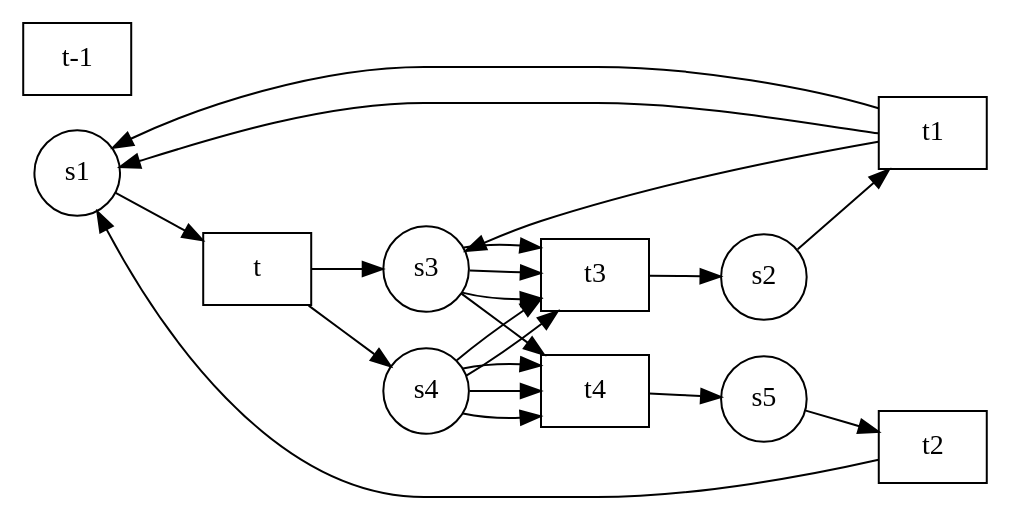
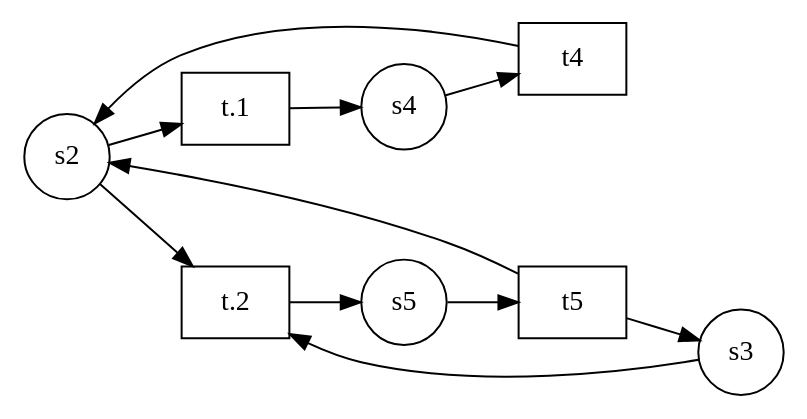
One commit to dnannen/reduction-of-petri-nets changed the diagram in Reduktionsalgorithmen/test.gv. Above: the diagram before and after it, drawn with Graphviz. The commit also changed 1 other file, not shown here.

```diff
--- a/Reduktionsalgorithmen/test.gv
+++ b/Reduktionsalgorithmen/test.gv
@@ -1,37 +1,22 @@
 digraph petrinet{
 node[shape=circle];
 rankdir=LR;
-"s1";
 "s2";
 "s3";
 "s4";
 "s5";
-"t" [shape=box];
-"t1" [shape=box];
-"t2" [shape=box];
-"t3" [shape=box];
 "t4" [shape=box];
-"t-1" [shape=box];
-"t-1" [shape=box];
-"t-1" [shape=box];
-"s1"->"t"
-"s2"->"t1"
-"s3"->"t3"
-"s3"->"t3"
-"s3"->"t3"
-"s3"->"t4"
-"s4"->"t3"
-"s4"->"t3"
+"t5" [shape=box];
+"t.1" [shape=box];
+"t.2" [shape=box];
+"s2"->"t.1"
+"s2"->"t.2"
+"s3"->"t.2"
 "s4"->"t4"
-"s4"->"t4"
-"s4"->"t4"
-"s5"->"t2"
-"t"->"s3"
-"t"->"s4"
-"t1"->"s1"
-"t1"->"s1"
-"t1"->"s3"
-"t2"->"s1"
-"t3"->"s2"
-"t4"->"s5"
+"s5"->"t5"
+"t4"->"s2"
+"t5"->"s2"
+"t5"->"s3"
+"t.1"->"s4"
+"t.2"->"s5"
 }
```
